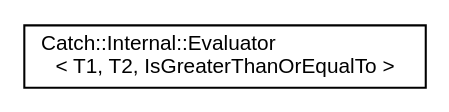
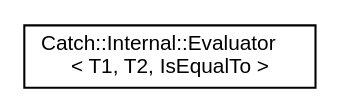
One commit to cp3-llbb/cp3-llbb.github.io changed the diagram in doxyfwk/inherit_graph_31.dot. Above: the diagram before and after it, drawn with Graphviz. The commit also changed 744 other files, not shown here.

```diff
--- a/doxyfwk/inherit_graph_31.dot
+++ b/doxyfwk/inherit_graph_31.dot
@@ -1,8 +1,8 @@
 digraph "Graphical Class Hierarchy"
 {
  // LATEX_PDF_SIZE
   edge [fontname="Helvetica",fontsize="10",labelfontname="Helvetica",labelfontsize="10"];
   node [fontname="Helvetica",fontsize="10",shape=record];
   rankdir="LR";
-  Node0 [label="Catch::Internal::Evaluator\l\< T1, T2, IsGreaterThanOrEqualTo \>",height=0.2,width=0.4,color="black", fillcolor="white", style="filled",URL="$structCatch_1_1Internal_1_1Evaluator_3_01T1_00_01T2_00_01IsGreaterThanOrEqualTo_01_4.html",tooltip=" "];
+  Node0 [label="Catch::Internal::Evaluator\l\< T1, T2, IsEqualTo \>",height=0.2,width=0.4,color="black", fillcolor="white", style="filled",URL="$structCatch_1_1Internal_1_1Evaluator_3_01T1_00_01T2_00_01IsEqualTo_01_4.html",tooltip=" "];
 }
```
